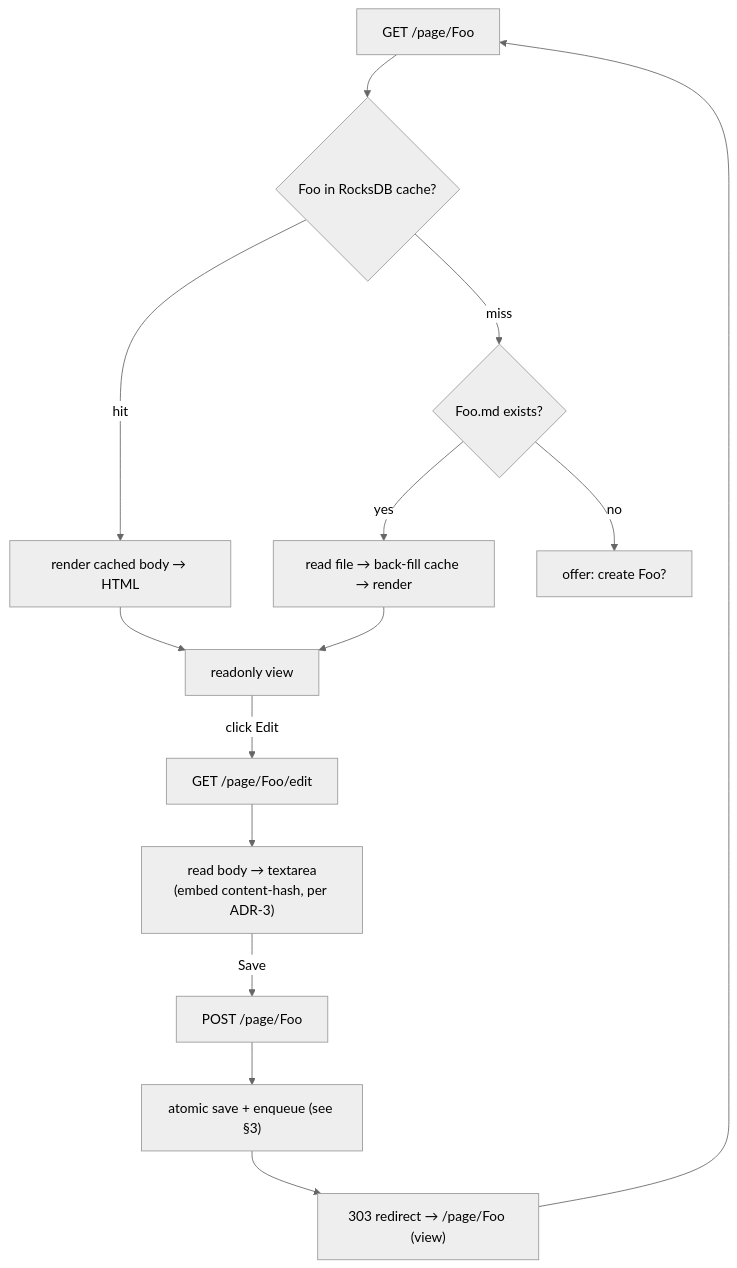
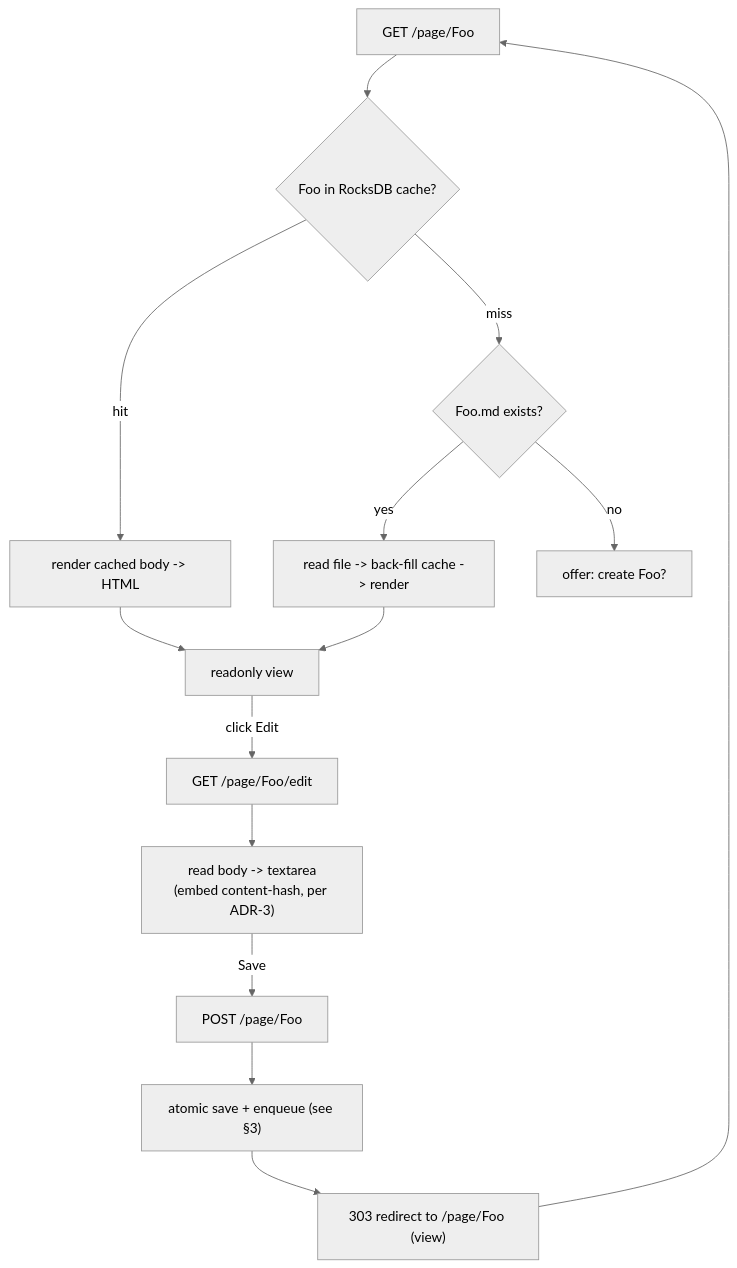
Before and after one commit to azusachino/sedum: the second of 5 diagrams in docs/dataflow_v2.md, drawn with Mermaid (neutral theme). The commit also changed other lines of this file and 2 other files, not shown here.

Commit message:
docs: fix mermaid sequence diagram parse errors and unicode arrows

````diff
--- a/docs/dataflow_v2.md
+++ b/docs/dataflow_v2.md
@@ -77,15 +77,15 @@
 ```mermaid
 flowchart TD
   V["GET /page/Foo"] --> X{"Foo in RocksDB cache?"}
-  X -- hit --> R["render cached body → HTML"] --> RO["readonly view"]
+  X -- hit --> R["render cached body -> HTML"] --> RO["readonly view"]
   X -- miss --> F{"Foo.md exists?"}
-  F -- yes --> RB["read file → back-fill cache → render"] --> RO
+  F -- yes --> RB["read file -> back-fill cache -> render"] --> RO
   F -- no --> NEW["offer: create Foo?"]
 
   RO -->|"click Edit"| E["GET /page/Foo/edit"]
-  E --> T["read body → textarea<br/>(embed content-hash, per ADR-3)"]
+  E --> T["read body -> textarea<br/>(embed content-hash, per ADR-3)"]
   T -->|"Save"| P["POST /page/Foo"]
   P --> S["atomic save + enqueue (see §3)"]
-  S --> RD["303 redirect → /page/Foo (view)"]
+  S --> RD["303 redirect to /page/Foo (view)"]
   RD --> V
 ```
````
